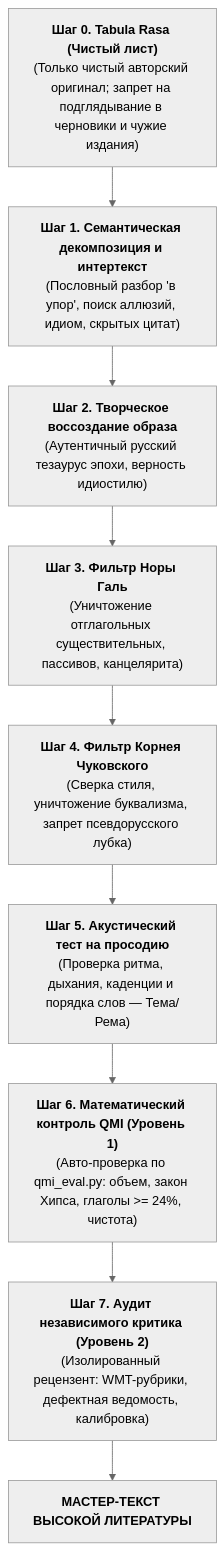
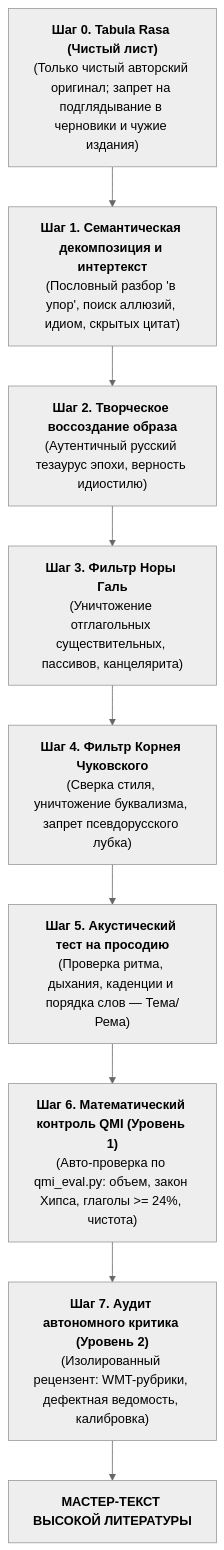
The fourth of 6 diagrams in AGENTS.md (lnp/classic-russian-translation), drawn with Mermaid (neutral theme) before and after one commit. The commit also changed other lines of this file and 1 other file, not shown here.

Commit message:
feat: Autonomous Critic protocol v1.3.2, scientific grounding (LLM-as-a-Judge, WMT Literary, QMI v2.0 roadmap), and H. G. Wells examples

````diff
--- a/AGENTS.md
+++ b/AGENTS.md
@@ -193,11 +193,11 @@
 ```mermaid
 flowchart TD
     S0["<b>Шаг 0. Tabula Rasa (Чистый лист)</b><br/>(Только чистый авторский оригинал; запрет на подглядывание в черновики и чужие издания)"] --> S1
     S1["<b>Шаг 1. Семантическая декомпозиция и интертекст</b><br/>(Пословный разбор 'в упор', поиск аллюзий, идиом, скрытых цитат)"] --> S2
     S2["<b>Шаг 2. Творческое воссоздание образа</b><br/>(Аутентичный русский тезаурус эпохи, верность идиостилю)"] --> S3
     S3["<b>Шаг 3. Фильтр Норы Галь</b><br/>(Уничтожение отглагольных существительных, пассивов, канцелярита)"] --> S4
     S4["<b>Шаг 4. Фильтр Корнея Чуковского</b><br/>(Сверка стиля, уничтожение буквализма, запрет псевдорусского лубка)"] --> S5
     S5["<b>Шаг 5. Акустический тест на просодию</b><br/>(Проверка ритма, дыхания, каденции и порядка слов — Тема/Рема)"] --> S6
     S6["<b>Шаг 6. Математический контроль QMI (Уровень 1)</b><br/>(Авто-проверка по qmi_eval.py: объем, закон Хипса, глаголы >= 24%, чистота)"] --> S7
-    S7["<b>Шаг 7. Аудит независимого критика (Уровень 2)</b><br/>(Изолированный рецензент: WMT-рубрики, дефектная ведомость, калибровка)"] --> END["<b>МАСТЕР-ТЕКСТ ВЫСОКОЙ ЛИТЕРАТУРЫ</b>"]
+    S7["<b>Шаг 7. Аудит автономного критика (Уровень 2)</b><br/>(Изолированный рецензент: WMT-рубрики, дефектная ведомость, калибровка)"] --> END["<b>МАСТЕР-ТЕКСТ ВЫСОКОЙ ЛИТЕРАТУРЫ</b>"]
 ```
````
